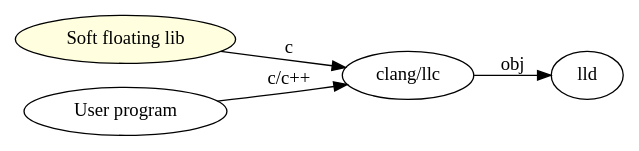
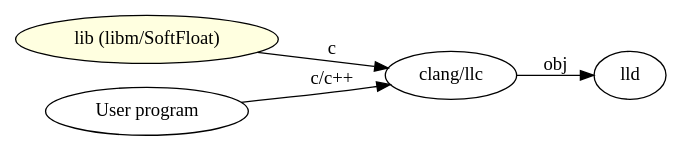
Before and after one commit to Jonathan2251/lbt: the diagram in Fig/lib/lib.gv, drawn with Graphviz. The commit also changed 11 other files, not shown here.

```diff
--- a/Fig/lib/lib.gv
+++ b/Fig/lib/lib.gv
@@ -1,10 +1,10 @@
 // dot -Tpng lib.gv -o lib.png
 digraph G {
   rankdir=LR;
 
-  node [shape="",style=filled,fillcolor=lightyellow]; "Soft floating lib";
+  node [shape="",style=filled,fillcolor=lightyellow]; lib [label="lib (libm/SoftFloat)"];
   node [shape="",style=solid,color=black];
   "User program" -> "clang/llc" [ label = "c/c++" ];
-  "Soft floating lib" -> "clang/llc" [ label = "c" ];
+  lib -> "clang/llc" [ label = "c" ];
   "clang/llc" -> lld [ label = "obj" ];
 }
```
